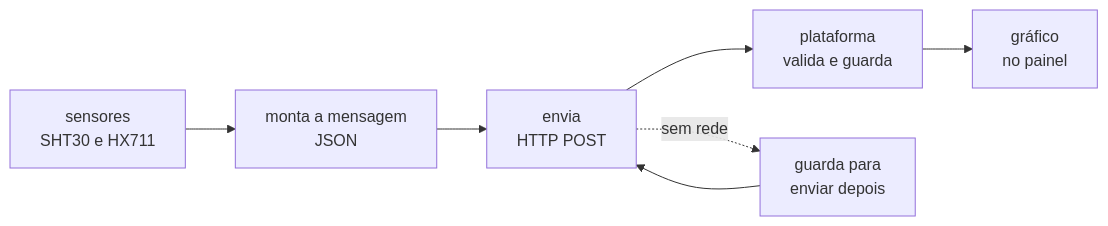
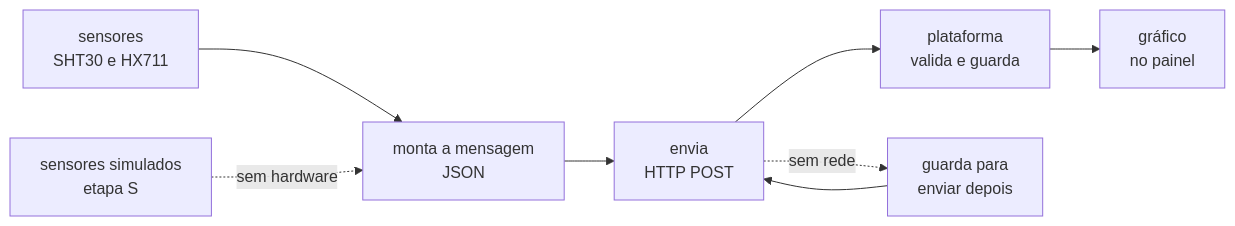
The diagram in firmware/ROTEIRO.md (lacouth/meliponet), drawn with Mermaid before and after one commit. The commit also changed other lines of this file and 7 other files, not shown here.

First line of the commit message:
docs: etapa S no roteiro do no, com sensores simulados

````diff
--- a/firmware/ROTEIRO.md
+++ b/firmware/ROTEIRO.md
@@ -20,9 +20,10 @@
 ```mermaid
 flowchart LR
     S[sensores<br/>SHT30 e HX711] --> M[monta a mensagem<br/>JSON]
+    F[sensores simulados<br/>etapa S] -. sem hardware .-> M
     M --> E[envia<br/>HTTP POST]
     E --> P[plataforma<br/>valida e guarda]
     P --> G[gráfico<br/>no painel]
     E -. sem rede .-> B[guarda para<br/>enviar depois]
     B --> E
 ```
````
